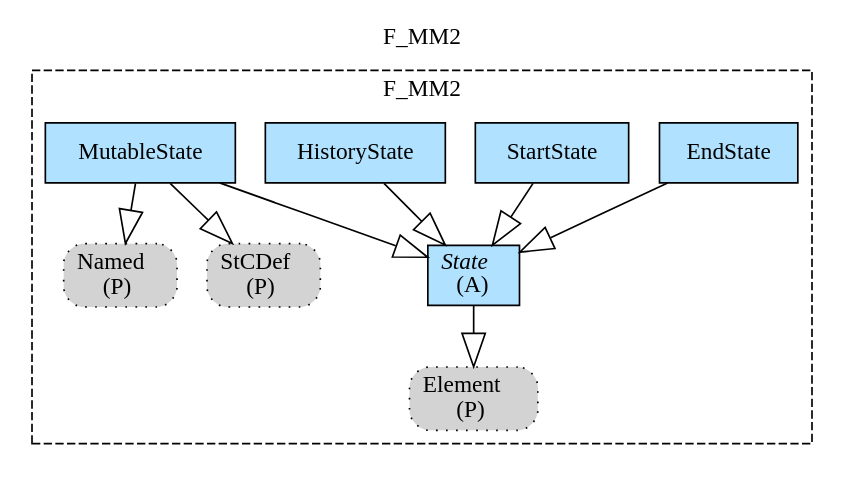
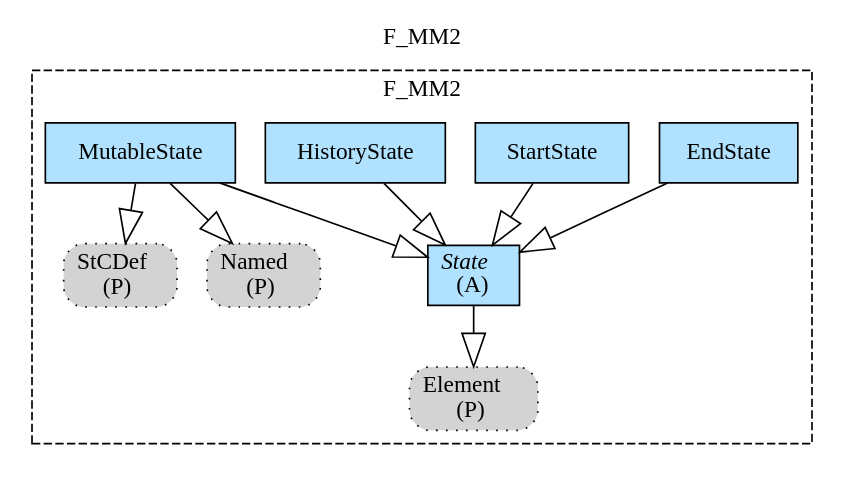
Before and after one commit to namalio/Fragmenta: the diagram in Haskell/Statecharts/MM/img/F_MM2.gv, drawn with Graphviz. The commit also changed other lines of this file and 106 other files, not shown here.

```diff
--- a/Haskell/Statecharts/MM/img/F_MM2.gv
+++ b/Haskell/Statecharts/MM/img/F_MM2.gv
@@ -1,24 +1,24 @@
 digraph {graph[label=F_MM2,labelloc=tl,labelfontsize=12];
 subgraph cluster_F_MM2{style=dashed;label=F_MM2;
+"PStCDef"[shape=box,fillcolor=lightgray,style ="rounded,filled,dotted",label=<StCDef<br/>(P)>];
+"PNamed"[shape=box,fillcolor=lightgray,style ="rounded,filled,dotted",label=<Named<br/>(P)>];
 "PElement"[shape=box,fillcolor=lightgray,style ="rounded,filled,dotted",label=<Element<br/>(P)>];
+"State"[shape=record,fillcolor=lightskyblue1,style = filled,label=<{<I>State</I><br/>(A)}>];
 "EndState"[shape=record,fillcolor=lightskyblue1,style = filled,label="EndState"];
 "StartState"[shape=record,fillcolor=lightskyblue1,style = filled,label="StartState"];
 "HistoryState"[shape=record,fillcolor=lightskyblue1,style = filled,label="HistoryState"];
-"State"[shape=record,fillcolor=lightskyblue1,style = filled,label=<{<I>State</I><br/>(A)}>];
-"PNamed"[shape=box,fillcolor=lightgray,style ="rounded,filled,dotted",label=<Named<br/>(P)>];
 "MutableState"[shape=record,fillcolor=lightskyblue1,style = filled,label="MutableState"];
-"PStCDef"[shape=box,fillcolor=lightgray,style ="rounded,filled,dotted",label=<StCDef<br/>(P)>];
 
 "State"->"PElement"[arrowhead=onormal,arrowsize=2.0];
 "EndState"->"State"[arrowhead=onormal,arrowsize=2.0];
 "StartState"->"State"[arrowhead=onormal,arrowsize=2.0];
 "HistoryState"->"State"[arrowhead=onormal,arrowsize=2.0];
 "MutableState"->"State"[arrowhead=onormal,arrowsize=2.0];
 "MutableState"->"PNamed"[arrowhead=onormal,arrowsize=2.0];
 "MutableState"->"PStCDef"[arrowhead=onormal,arrowsize=2.0];
 
 }
 
 
 
 }
```
